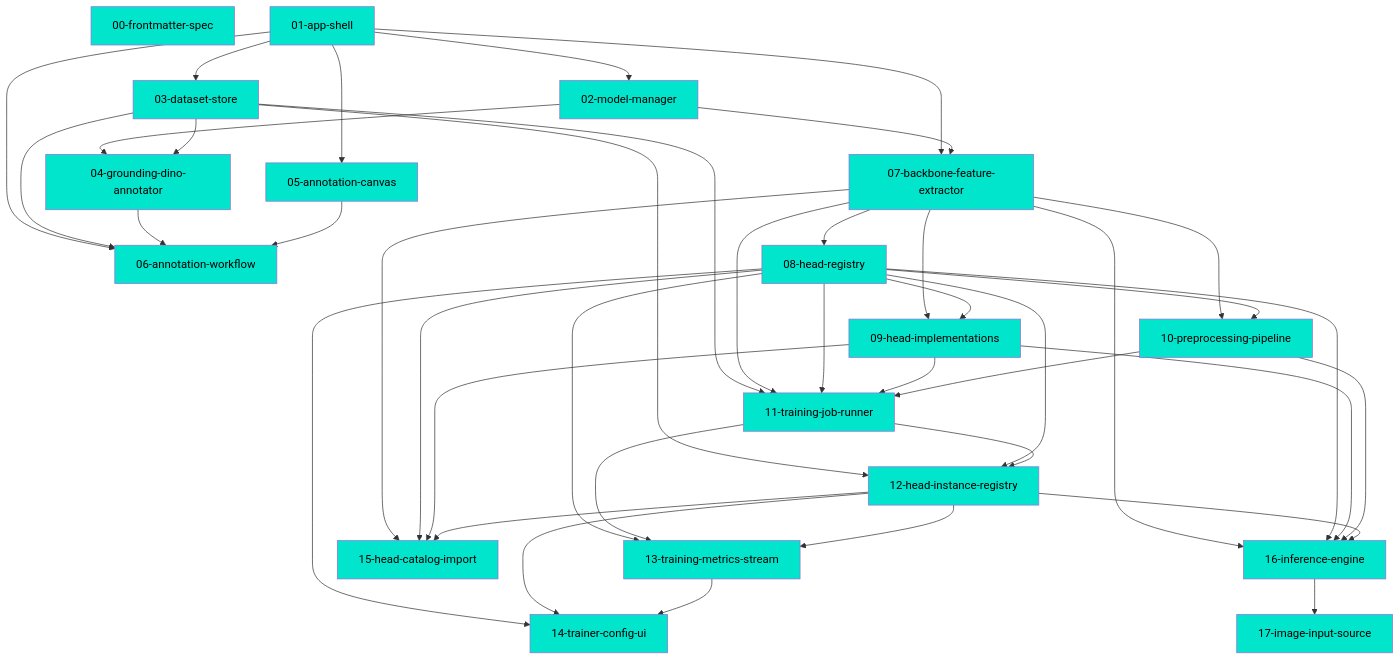
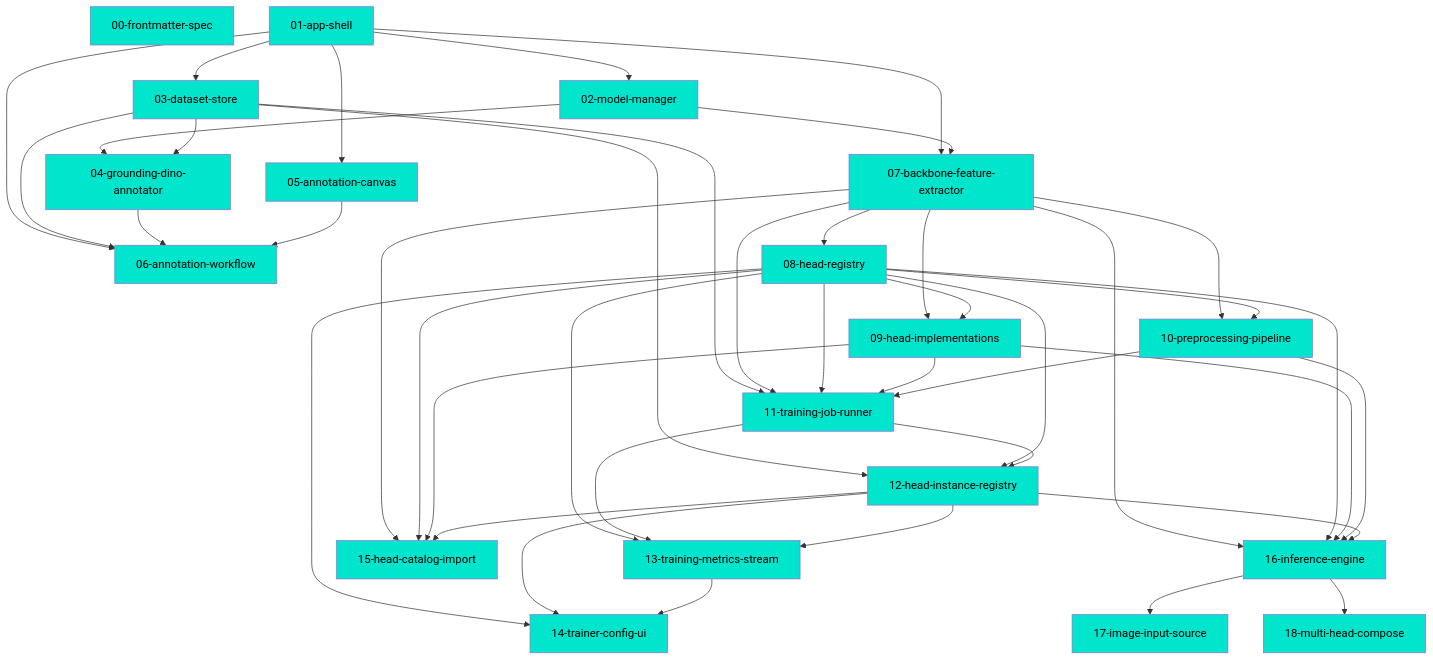
One commit to JanderHungrige/DinoTraining changed the diagram in .mdd/connections.md. Above: the diagram before and after it, drawn with Mermaid. The commit also changed other lines of this file and 12 other files, not shown here.

First line of the commit message:
feat(multi-head-compose): N heads, one backbone pass per framing

````diff
--- a/.mdd/connections.md
+++ b/.mdd/connections.md
@@ -48,65 +50,67 @@
 ```mermaid
 graph TD
     D00["00-frontmatter-spec"]:::complete
     D01["01-app-shell"]:::complete
     D02["02-model-manager"]:::complete
     D03["03-dataset-store"]:::complete
     D04["04-grounding-dino-annotator"]:::complete
     D05["05-annotation-canvas"]:::complete
     D06["06-annotation-workflow"]:::complete
     D07["07-backbone-feature-extractor"]:::complete
     D08["08-head-registry"]:::complete
     D09["09-head-implementations"]:::complete
     D10["10-preprocessing-pipeline"]:::complete
     D11["11-training-job-runner"]:::complete
     D12["12-head-instance-registry"]:::complete
     D13["13-training-metrics-stream"]:::complete
     D14["14-trainer-config-ui"]:::complete
     D15["15-head-catalog-import"]:::complete
     D16["16-inference-engine"]:::complete
     D17["17-image-input-source"]:::complete
+    D18["18-multi-head-compose"]:::complete
     D01 --> D02
     D01 --> D03
     D02 --> D04
     D03 --> D04
     D01 --> D05
     D01 --> D06
     D03 --> D06
     D04 --> D06
     D05 --> D06
     D01 --> D07
     D02 --> D07
     D07 --> D08
     D07 --> D09
     D08 --> D09
     D07 --> D10
     D08 --> D10
     D03 --> D11
     D07 --> D11
     D08 --> D11
     D09 --> D11
     D10 --> D11
     D03 --> D12
     D08 --> D12
     D11 --> D12
     D08 --> D13
     D11 --> D13
     D12 --> D13
     D08 --> D14
     D12 --> D14
     D13 --> D14
     D07 --> D15
     D08 --> D15
     D09 --> D15
     D12 --> D15
     D07 --> D16
     D08 --> D16
     D09 --> D16
     D10 --> D16
     D12 --> D16
     D16 --> D17
+    D16 --> D18
     classDef complete fill:#00e5cc,color:#000
     classDef in_progress fill:#ffaa00,color:#000
     classDef draft fill:#888,color:#fff
     classDef deprecated fill:#555,color:#aaa
 ```
````
